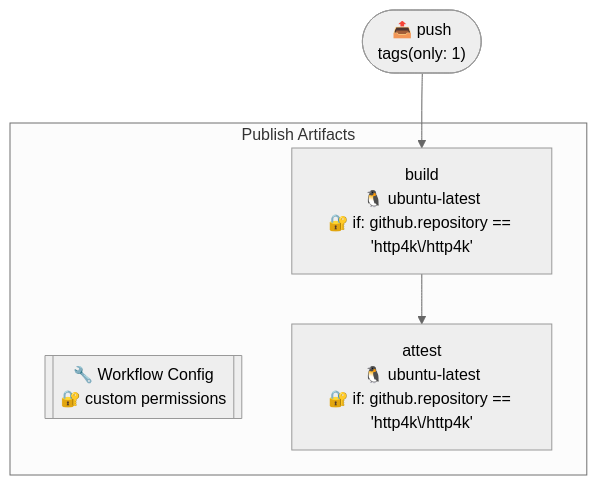
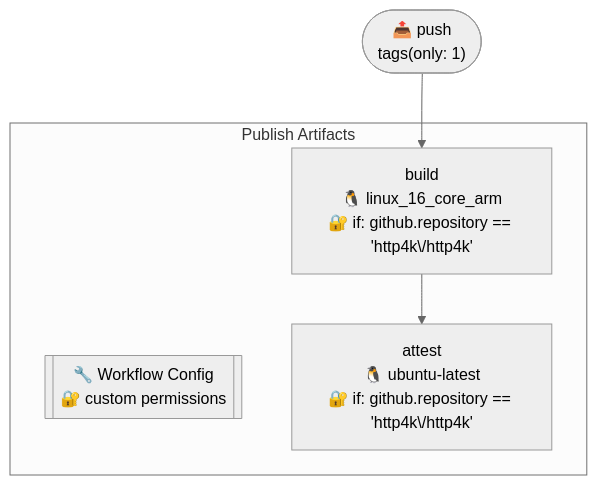
The first of 3 diagrams in .github/typeflows/publish-artifacts/README.md (http4k/http4k), drawn with Mermaid (neutral theme) before and after one commit. The commit also changed other lines of this file and 4 other files, not shown here.

````diff
--- a/.github/typeflows/publish-artifacts/README.md
+++ b/.github/typeflows/publish-artifacts/README.md
@@ -3,12 +3,12 @@
 ```mermaid
 %%{init: {"flowchart": {"curve": "basis"}}}%%
 flowchart TD
     push(["📤 push<br/>tags(only: 1)"])
     subgraph publishartifactsyml["Publish Artifacts"]
         publishartifactsyml_metadata[["🔧 Workflow Config<br/>🔐 custom permissions"]]
-        publishartifactsyml_build["build<br/>🐧 ubuntu-latest<br/>🔐 if: github.repository == 'http4k\/http4k'"]
+        publishartifactsyml_build["build<br/>🐧 linux_16_core_arm<br/>🔐 if: github.repository == 'http4k\/http4k'"]
         publishartifactsyml_attest["attest<br/>🐧 ubuntu-latest<br/>🔐 if: github.repository == 'http4k\/http4k'"]
         publishartifactsyml_build --> publishartifactsyml_attest
     end
     push --> publishartifactsyml_build
 ```
````
